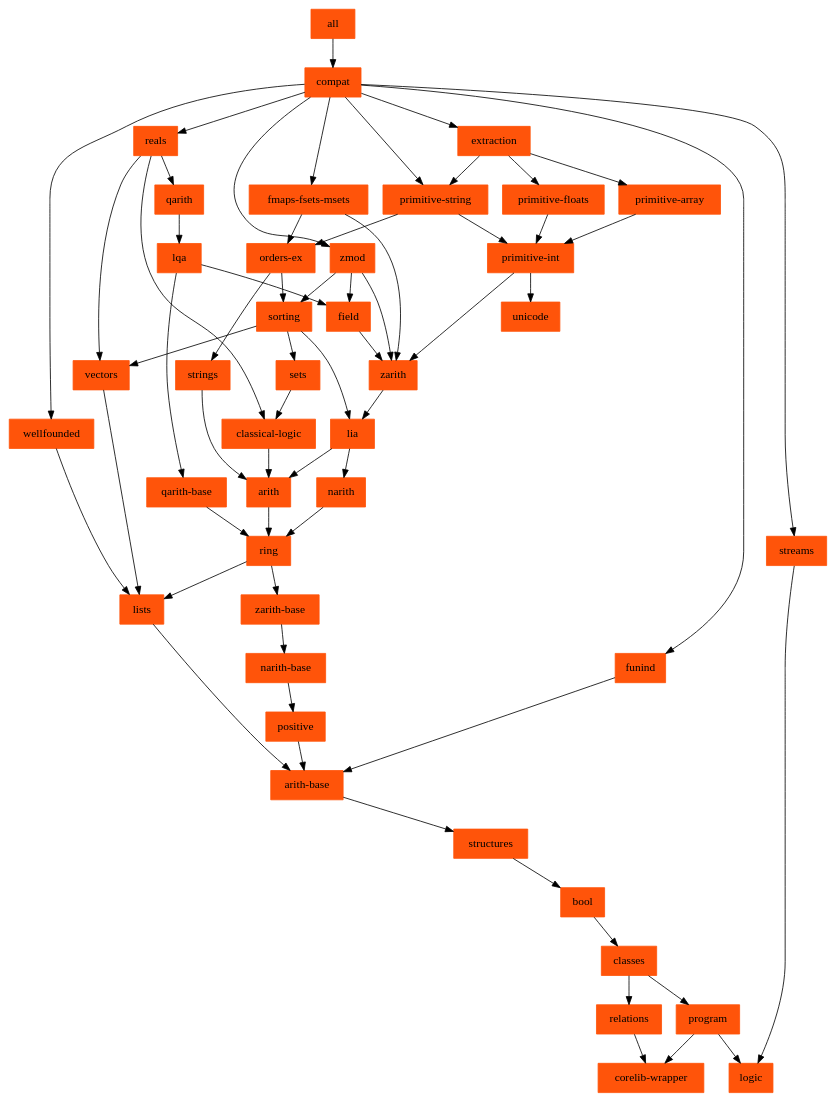
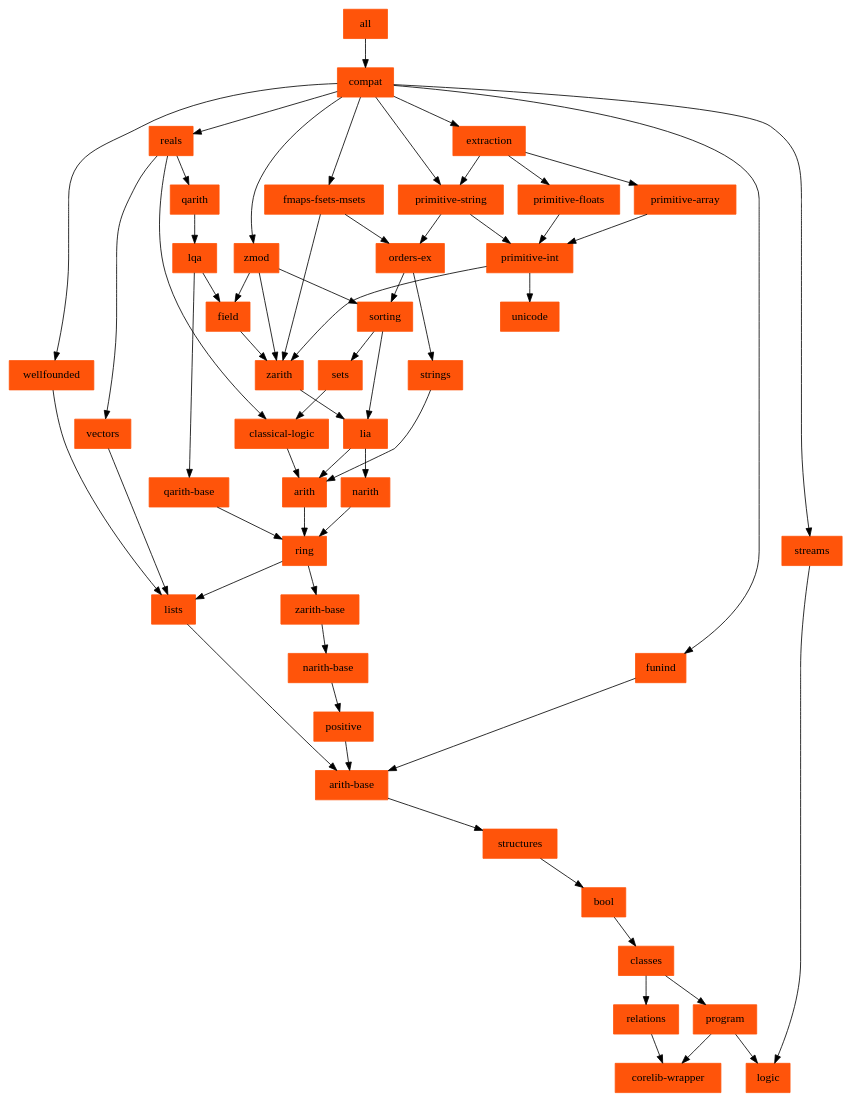
Before and after one commit to rocq-prover/stdlib: the diagram in doc/stdlib/depends.dot, drawn with Graphviz. The commit also changed 14 other files, not shown here.

```diff
--- a/doc/stdlib/depends.dot
+++ b/doc/stdlib/depends.dot
@@ -1,72 +1,71 @@
 # this has been mostly automatically generated by dev/tools/make-depends.sh
 # when editing this, ensure to keep .nix/rocq-overlays/stdlib-subcomponents
 # in sync
 digraph stdlib_deps {
 	node [color="#ff540a",
 		shape=rectangle,
 		style=filled
 		URL="#\N"
 	];
 	bool -> classes;
 	classes -> program;
 	classes -> relations;
 	program -> "corelib-wrapper";
 	program -> logic;
 	strings -> arith;
 	reals -> qarith;
 	reals -> vectors;
 	reals -> "classical-logic";
 	"arith-base" -> structures;
 	zarith -> lia;
 	zmod -> zarith;
 	zmod -> sorting;
 	zmod -> field;
 	qarith -> lqa;
 	positive -> "arith-base";
 	narith -> ring;
 	ring -> lists;
 	ring -> "zarith-base";
 	arith -> ring;
 	structures -> bool;
 	"narith-base" -> positive;
 	lists -> "arith-base";
 	"zarith-base" -> "narith-base";
 	"primitive-int" -> zarith;
 	"primitive-int" -> unicode;
 	lia -> narith;
 	lia -> arith;
 	"fmaps-fsets-msets" -> zarith;
 	"fmaps-fsets-msets" -> "orders-ex";
 	"orders-ex" -> strings;
 	"orders-ex" -> sorting;
 	sets -> "classical-logic";
 	sorting -> lia;
 	sorting -> sets;
-	sorting -> vectors;
 	"primitive-floats" -> "primitive-int";
 	wellfounded -> lists;
 	relations -> "corelib-wrapper";
 	"primitive-string" -> "primitive-int";
 	"primitive-string" -> "orders-ex";
 	vectors -> lists;
 	field -> zarith;
 	lqa -> field;
 	lqa -> "qarith-base";
 	"qarith-base" -> ring;
 	"classical-logic" -> arith;
 	extraction -> "primitive-string";
 	extraction -> "primitive-floats";
 	extraction -> "primitive-array";
 	"primitive-array" -> "primitive-int";
 	streams -> logic;
 	funind -> "arith-base";
 	compat -> zmod;
 	compat -> reals;
 	compat -> "fmaps-fsets-msets";
 	compat -> wellfounded;
 	compat -> "primitive-string";
 	compat -> extraction;
 	compat -> streams;
 	compat -> funind;
         all -> compat
 }
```
